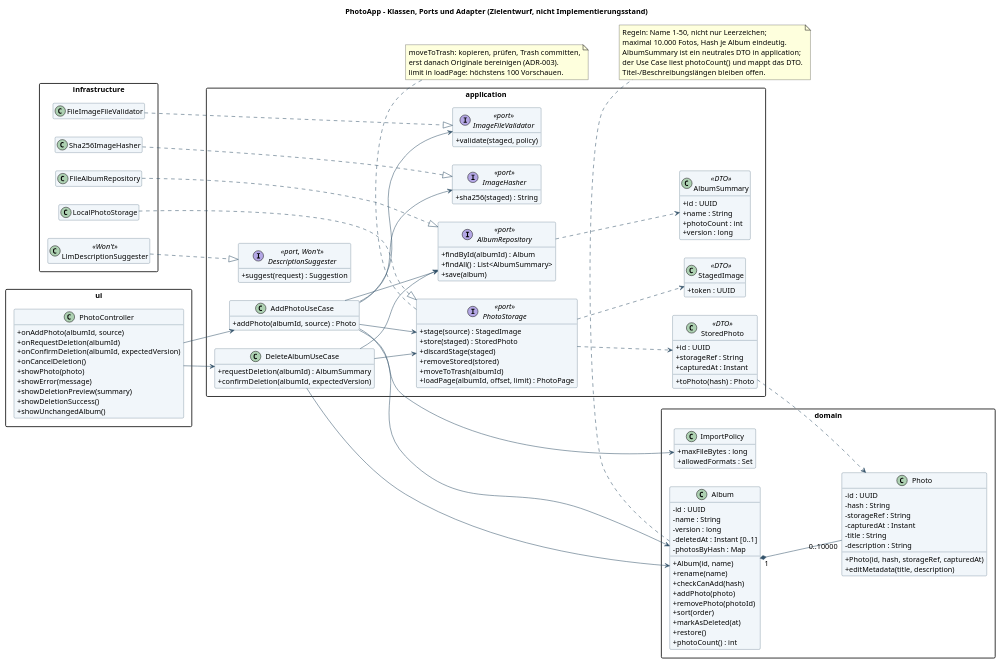
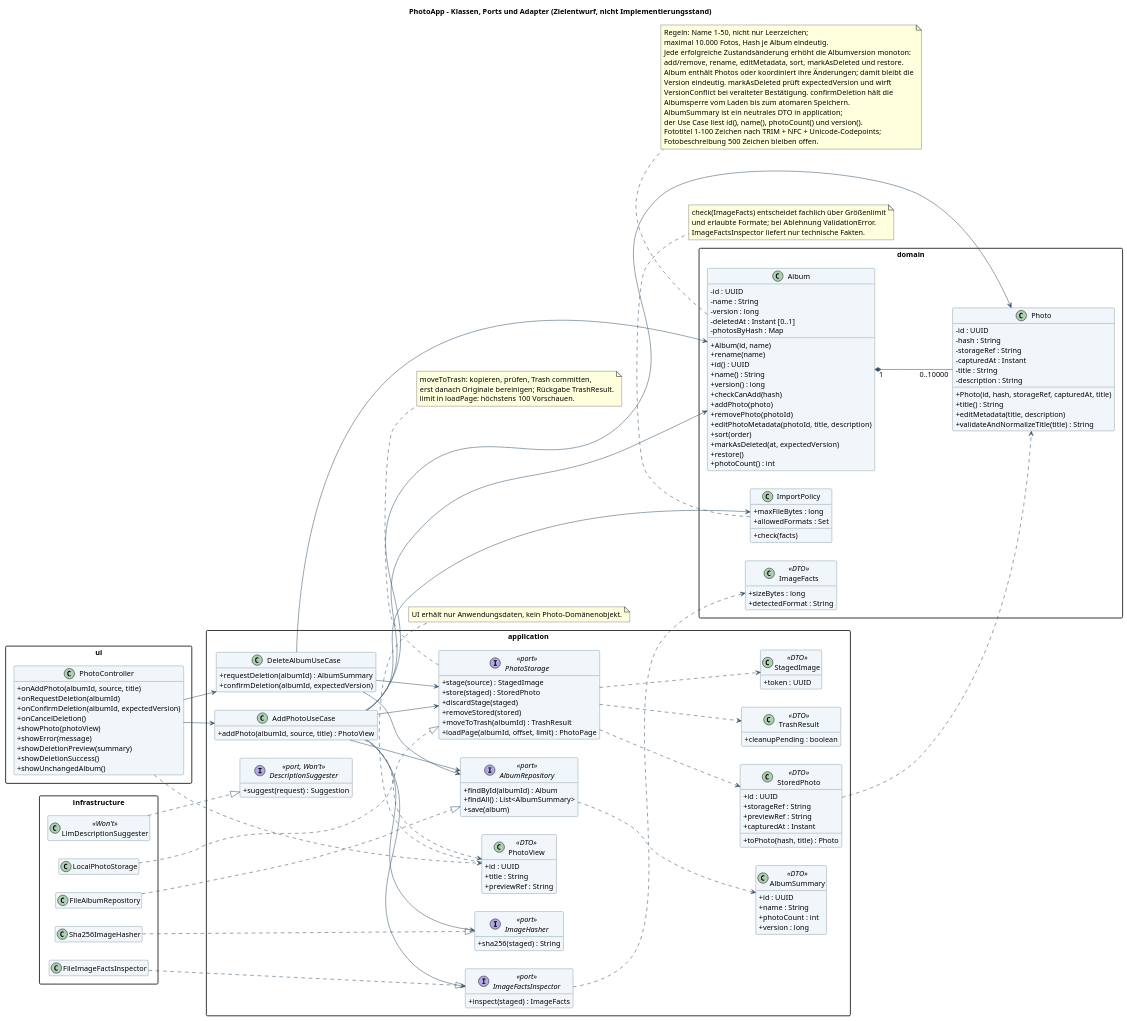
One commit to ichessebaeume1/PhotoApp changed the diagram in docs/design/klassen.puml. Above: the diagram before and after it, drawn with PlantUML. The commit also changed 13 other files, not shown here.

```diff
--- a/docs/design/klassen.puml
+++ b/docs/design/klassen.puml
@@ -1,145 +1,185 @@
 @startuml
 skinparam backgroundColor white
 skinparam shadowing false
 skinparam defaultFontName SansSerif
 skinparam defaultFontSize 14
 skinparam classAttributeIconSize 0
 skinparam packageStyle rectangle
 skinparam ArrowColor #34536B
 skinparam classBackgroundColor #F1F6FA
 skinparam classBorderColor #34536B
 title PhotoApp – Klassen, Ports und Adapter (Zielentwurf, nicht Implementierungsstand)
 left to right direction
 hide empty members
 package "domain" {
 class Album {
  - id : UUID
  - name : String
  - version : long
  - deletedAt : Instant [0..1]
  - photosByHash : Map
  + Album(id, name)
  + rename(name)
+ + id() : UUID
+ + name() : String
+ + version() : long
  + checkCanAdd(hash)
  + addPhoto(photo)
  + removePhoto(photoId)
+ + editPhotoMetadata(photoId, title, description)
  + sort(order)
- + markAsDeleted(at)
+ + markAsDeleted(at, expectedVersion)
  + restore()
  + photoCount() : int
 }
 class Photo {
  - id : UUID
  - hash : String
  - storageRef : String
  - capturedAt : Instant
  - title : String
  - description : String
- + Photo(id, hash, storageRef, capturedAt)
+ + Photo(id, hash, storageRef, capturedAt, title)
+ + title() : String
  + editMetadata(title, description)
+ + validateAndNormalizeTitle(title) : String
 }
 class ImportPolicy {
  + maxFileBytes : long
  + allowedFormats : Set
+ + check(facts)
+}
+class ImageFacts <<DTO>> {
+ + sizeBytes : long
+ + detectedFormat : String
 }
 Album "1" *-- "0..10000" Photo
 }
 package "application" {
 class AddPhotoUseCase {
- + addPhoto(albumId, source) : Photo
+ + addPhoto(albumId, source, title) : PhotoView
 }
 class DeleteAlbumUseCase {
  + requestDeletion(albumId) : AlbumSummary
  + confirmDeletion(albumId, expectedVersion)
 }
 class AlbumSummary <<DTO>> {
  + id : UUID
  + name : String
  + photoCount : int
  + version : long
 }
 class StagedImage <<DTO>> {
  + token : UUID
 }
 class StoredPhoto <<DTO>> {
  + id : UUID
  + storageRef : String
+ + previewRef : String
  + capturedAt : Instant
- + toPhoto(hash) : Photo
+ + toPhoto(hash, title) : Photo
+}
+class PhotoView <<DTO>> {
+ + id : UUID
+ + title : String
+ + previewRef : String
+}
+class TrashResult <<DTO>> {
+ + cleanupPending : boolean
 }
 interface AlbumRepository <<port>> {
  + findById(albumId) : Album
  + findAll() : List<AlbumSummary>
  + save(album)
 }
 interface PhotoStorage <<port>> {
  + stage(source) : StagedImage
  + store(staged) : StoredPhoto
  + discardStage(staged)
  + removeStored(stored)
- + moveToTrash(albumId)
+ + moveToTrash(albumId) : TrashResult
  + loadPage(albumId, offset, limit) : PhotoPage
 }
-interface ImageFileValidator <<port>> {
- + validate(staged, policy)
+interface ImageFactsInspector <<port>> {
+ + inspect(staged) : ImageFacts
 }
 interface ImageHasher <<port>> {
  + sha256(staged) : String
 }
 interface DescriptionSuggester <<port, Won't>> {
  + suggest(request) : Suggestion
 }
 AddPhotoUseCase --> Album
 AddPhotoUseCase --> AlbumRepository
 AddPhotoUseCase --> PhotoStorage
-AddPhotoUseCase --> ImageFileValidator
+AddPhotoUseCase --> ImageFactsInspector
 AddPhotoUseCase --> ImageHasher
 AddPhotoUseCase --> ImportPolicy
+AddPhotoUseCase --> Photo
 DeleteAlbumUseCase --> AlbumRepository
 DeleteAlbumUseCase --> PhotoStorage
 DeleteAlbumUseCase --> Album
 AlbumRepository ..> AlbumSummary
 PhotoStorage ..> StagedImage
 PhotoStorage ..> StoredPhoto
+PhotoStorage ..> TrashResult
 StoredPhoto ..> Photo
+AddPhotoUseCase ..> PhotoView
+ImageFactsInspector ..> ImageFacts
 }
 package "infrastructure" {
 class FileAlbumRepository
 class LocalPhotoStorage
-class FileImageFileValidator
+class FileImageFactsInspector
 class Sha256ImageHasher
 class LlmDescriptionSuggester <<Won't>>
 FileAlbumRepository ..|> AlbumRepository
 LocalPhotoStorage ..|> PhotoStorage
-FileImageFileValidator ..|> ImageFileValidator
+FileImageFactsInspector ..|> ImageFactsInspector
 Sha256ImageHasher ..|> ImageHasher
 LlmDescriptionSuggester ..|> DescriptionSuggester
 }
 package "ui" {
 class PhotoController {
- + onAddPhoto(albumId, source)
+ + onAddPhoto(albumId, source, title)
  + onRequestDeletion(albumId)
  + onConfirmDeletion(albumId, expectedVersion)
  + onCancelDeletion()
- + showPhoto(photo)
+ + showPhoto(photoView)
  + showError(message)
  + showDeletionPreview(summary)
  + showDeletionSuccess()
  + showUnchangedAlbum()
 }
 PhotoController --> AddPhotoUseCase
 PhotoController --> DeleteAlbumUseCase
+PhotoController ..> PhotoView
 }
 note bottom of Album
 Regeln: Name 1–50, nicht nur Leerzeichen;
 maximal 10.000 Fotos, Hash je Album eindeutig.
+Jede erfolgreiche Zustandsänderung erhöht die Albumversion monoton:
+add/remove, rename, editMetadata, sort, markAsDeleted und restore.
+Album enthält Photos oder koordiniert ihre Änderungen; damit bleibt die
+Version eindeutig. markAsDeleted prüft expectedVersion und wirft
+VersionConflict bei veralteter Bestätigung. confirmDeletion hält die
+Albumsperre vom Laden bis zum atomaren Speichern.
 AlbumSummary ist ein neutrales DTO in application;
-der Use Case liest photoCount() und mappt das DTO.
-Titel-/Beschreibungslängen bleiben offen.
+der Use Case liest id(), name(), photoCount() und version().
+Fototitel 1–100 Zeichen nach TRIM + NFC + Unicode-Codepoints;
+Fotobeschreibung 500 Zeichen bleiben offen.
+end note
+note bottom of ImportPolicy
+check(ImageFacts) entscheidet fachlich über Größenlimit
+und erlaubte Formate; bei Ablehnung ValidationError.
+ImageFactsInspector liefert nur technische Fakten.
+end note
+note bottom of PhotoView
+UI erhält nur Anwendungsdaten, kein Photo-Domänenobjekt.
 end note
 note bottom of PhotoStorage
 moveToTrash: kopieren, prüfen, Trash committen,
-erst danach Originale bereinigen (ADR-003).
+erst danach Originale bereinigen; Rückgabe TrashResult.
 limit in loadPage: höchstens 100 Vorschauen.
 end note
 @enduml
```
